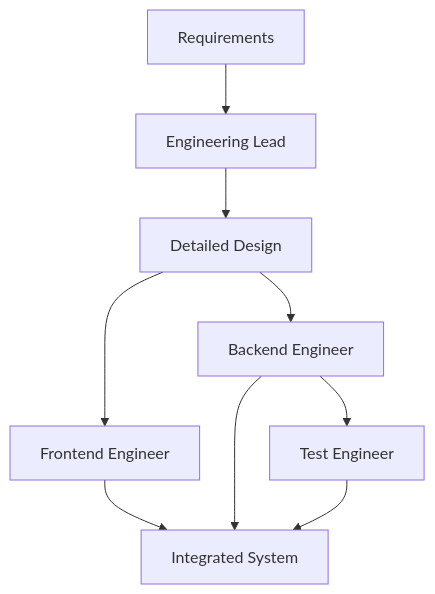
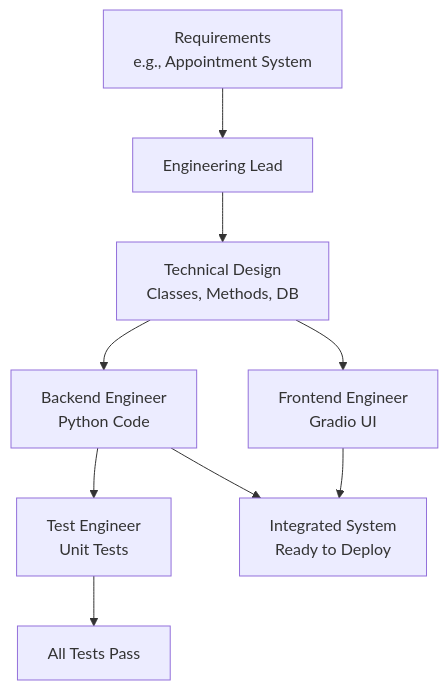
One commit to narsa1985/agents changed the diagram in 3_crew/docs/Crew/3.2/HC_Engineering_Team_Multi_Agent.md. Above: the diagram before and after it, drawn with Mermaid. The commit also changed other lines of this file and 40 other files, not shown here.

````diff
--- a/3_crew/docs/Crew/3.2/HC_Engineering_Team_Multi_Agent.md
+++ b/3_crew/docs/Crew/3.2/HC_Engineering_Team_Multi_Agent.md
@@ -29,11 +32,11 @@
 ```mermaid
 flowchart TD
-    Requirements[Requirements] --> Lead[Engineering Lead]
-    Lead --> Design[Detailed Design]
-    Design --> Backend[Backend Engineer]
-    Design --> Frontend[Frontend Engineer]
-    Backend --> Tests[Test Engineer]
-    Frontend --> Integration[Integrated System]
+    Requirements[Requirements<br/>e.g., Appointment System] --> Lead[Engineering Lead]
+    Lead --> Design[Technical Design<br/>Classes, Methods, DB]
+    Design --> Backend[Backend Engineer<br/>Python Code]
+    Design --> Frontend[Frontend Engineer<br/>Gradio UI]
+    Backend --> Tests[Test Engineer<br/>Unit Tests]
+    Frontend --> Integration[Integrated System<br/>Ready to Deploy]
     Backend --> Integration
-    Tests --> Integration
+    Tests --> Validation[All Tests Pass]
 ```
````
